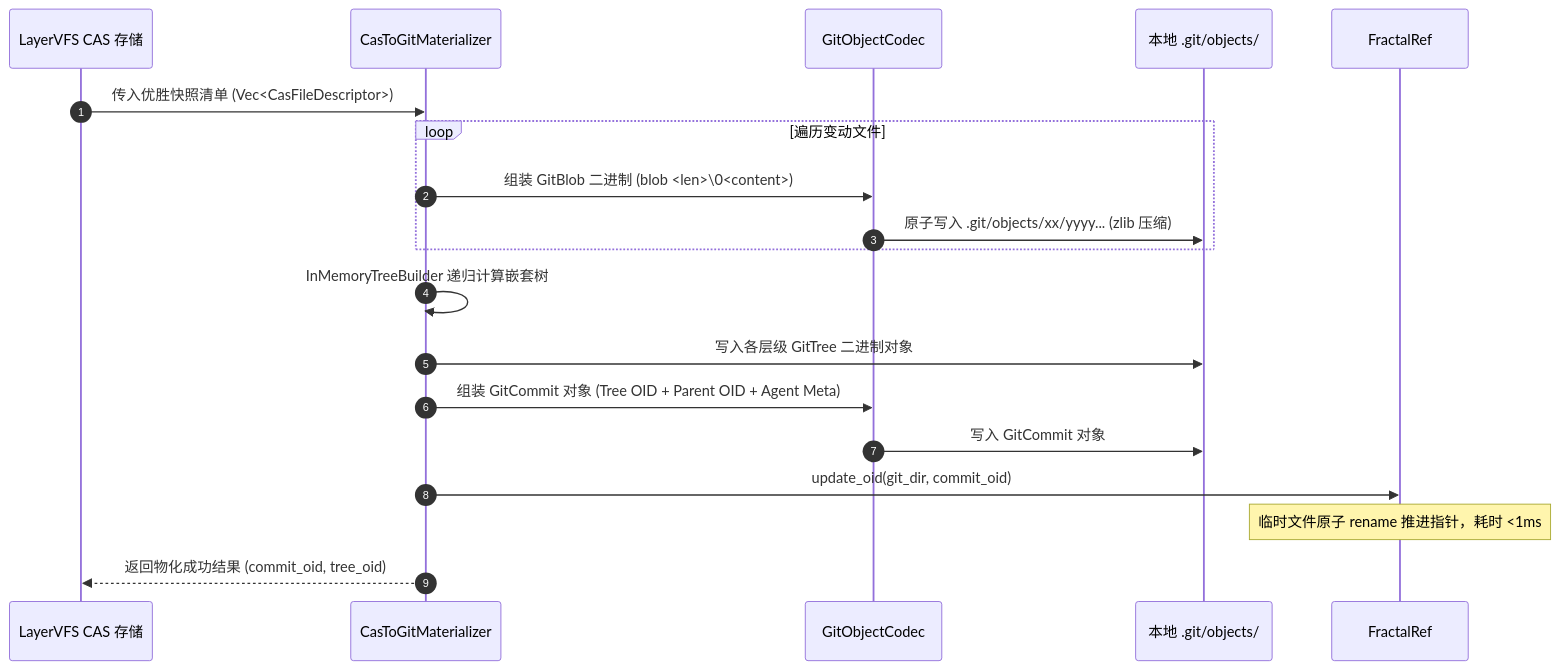
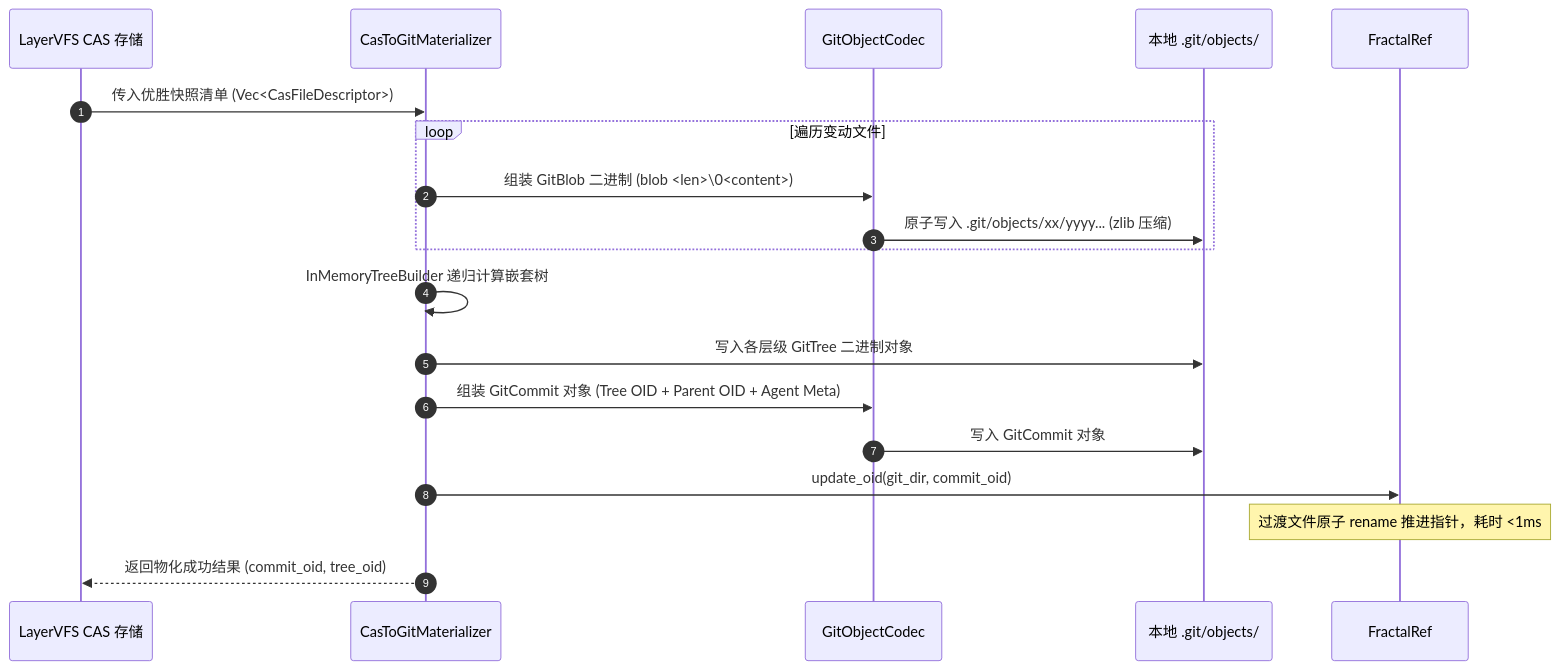
Before and after one commit to guilingzhouyi-creator/vscode-extensions: the second of 2 diagrams in fractal-git/docs/04-lockless-in-memory-engine.md, drawn with Mermaid. The commit also changed other lines of this file and 20 other files, not shown here.

````diff
--- a/fractal-git/docs/04-lockless-in-memory-engine.md
+++ b/fractal-git/docs/04-lockless-in-memory-engine.md
@@ -75,27 +75,27 @@
 ```mermaid
 sequenceDiagram
   autonumber
   participant VFS as LayerVFS CAS 存储
   participant Mat as CasToGitMaterializer
   participant Codec as GitObjectCodec
   participant ODB as 本地 .git/objects/
   participant Ref as FractalRef
 
   VFS->>Mat: 传入优胜快照清单 (Vec<CasFileDescriptor>)
   
   loop 遍历变动文件
     Mat->>Codec: 组装 GitBlob 二进制 (blob <len>\0<content>)
     Codec->>ODB: 原子写入 .git/objects/xx/yyyy... (zlib 压缩)
   end
 
   Mat->>Mat: InMemoryTreeBuilder 递归计算嵌套树
   Mat->>ODB: 写入各层级 GitTree 二进制对象
   
   Mat->>Codec: 组装 GitCommit 对象 (Tree OID + Parent OID + Agent Meta)
   Codec->>ODB: 写入 GitCommit 对象
   
   Mat->>Ref: update_oid(git_dir, commit_oid)
-  Note over Ref: 临时文件原子 rename 推进指针，耗时 <1ms
+  Note over Ref: 过渡文件原子 rename 推进指针，耗时 <1ms
   
   Mat-->>VFS: 返回物化成功结果 (commit_oid, tree_oid)
 ```
````
